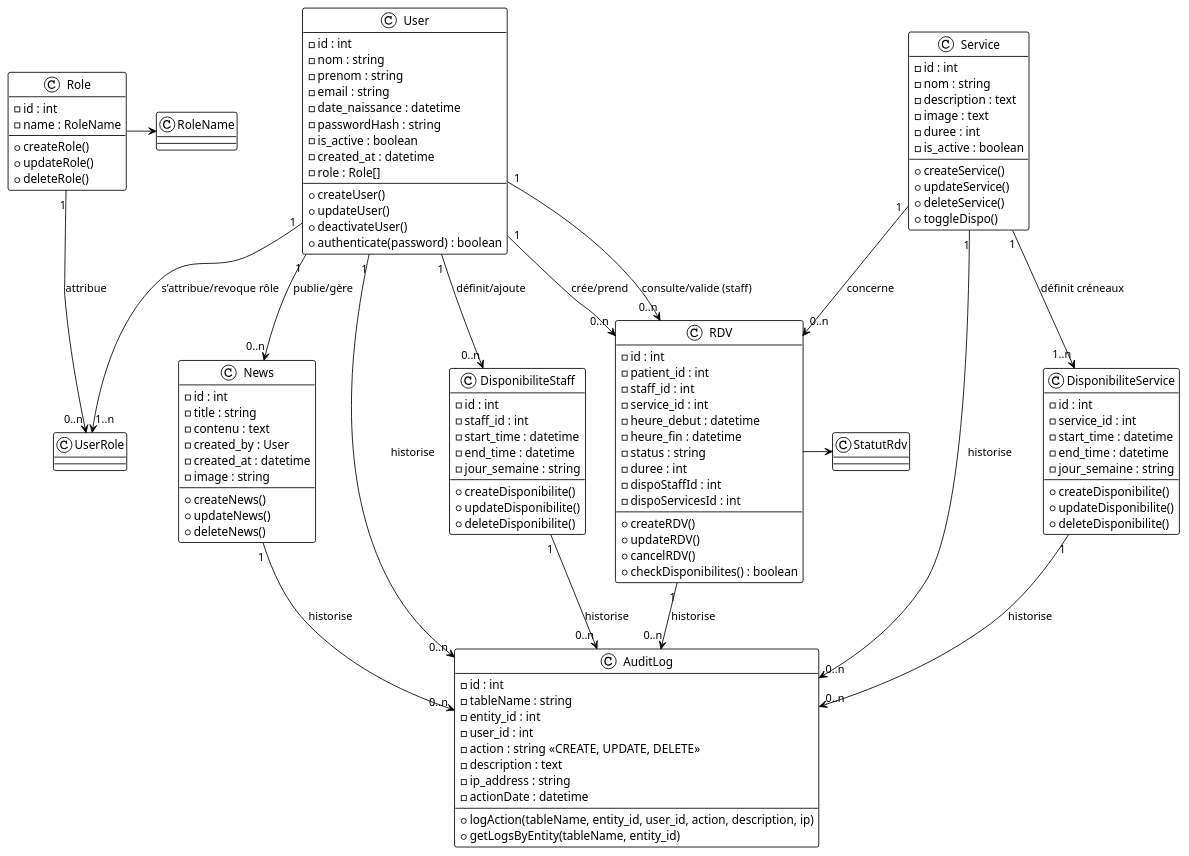
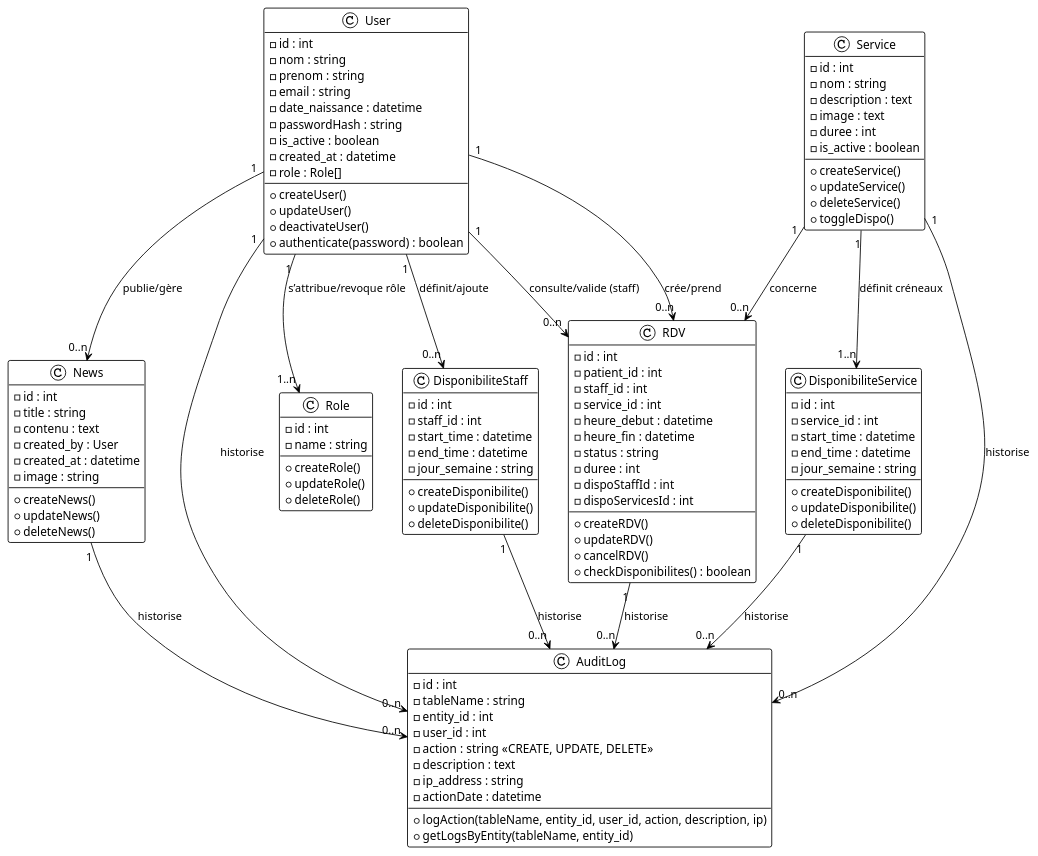
Before and after one commit to baptistev59/DoctoLight: the diagram in UML/class.puml, drawn with PlantUML. The commit also changed 4 other files, not shown here.

```diff
--- a/UML/class.puml
+++ b/UML/class.puml
@@ -1,158 +1,154 @@
 @startuml DoctoLight
 !theme plain
 
 ' ===========================
 ' Classes principales
 ' ===========================
 ' ===========================
 ' Utilisateurs
 ' ===========================
 class User {
   -id : int
   -nom : string
   -prenom : string
   -email : string
   -date_naissance : datetime
   -passwordHash : string
   -is_active : boolean
   -created_at : datetime
   -role : Role[]
 
   +createUser()
   +updateUser()
   +deactivateUser()
   +authenticate(password) : boolean
 }
 
 class Role {
   -id : int
-  -name : RoleName
+  -name : string
 
   +createRole()
   +updateRole()
   +deleteRole()
 }
 
 ' ===========================
 ' Services
 ' ===========================
 class Service {
   -id : int
   -nom : string
   -description : text
   -image : text
   -duree : int
   -is_active : boolean
 
   +createService()
   +updateService()
   +deleteService()
   +toggleDispo()
 }
 ' ===========================
 ' Disponibilités
 ' ===========================
 class DisponibiliteStaff {
   -id : int
   -staff_id : int
   -start_time : datetime
   -end_time : datetime
   -jour_semaine : string
 
 
   +createDisponibilite()
   +updateDisponibilite()
   +deleteDisponibilite()
 }
 
 class DisponibiliteService {
   -id : int
   -service_id : int
   -start_time : datetime
   -end_time : datetime
   -jour_semaine : string
 
   +createDisponibilite()
   +updateDisponibilite()
   +deleteDisponibilite()
 }
 ' ===========================
 ' Rendez-vous
 ' ===========================
 class RDV {
   -id : int
   -patient_id : int
   -staff_id : int
   -service_id : int
   -heure_debut : datetime
   -heure_fin : datetime
   -status : string
   -duree : int
   -dispoStaffId : int
   -dispoServicesId : int
 
   +createRDV()
   +updateRDV()
   +cancelRDV()
   +checkDisponibilites() : boolean
 }
 
 ' ===========================
 ' Actualités
 ' ===========================
 class News {
   -id : int
   -title : string
   -contenu : text
   -created_by : User
   -created_at : datetime
   -image : string
 
   +createNews()
   +updateNews()
   +deleteNews()
 }
 
 ' ===========================
 ' Audit Log générique
 ' ===========================
 class AuditLog {
   -id : int
   -tableName : string
   -entity_id : int
   -user_id : int
   -action : string <<CREATE, UPDATE, DELETE>>
   -description : text
   -ip_address : string
   -actionDate : datetime
 
   +logAction(tableName, entity_id, user_id, action, description, ip)
   +getLogsByEntity(tableName, entity_id)
 }
 
 ' ===========================
 ' Relations
 ' ===========================
 User "1" --> "0..n" RDV : crée/prend
 User "1" --> "0..n" RDV : consulte/valide (staff)
 User "1" --> "0..n" DisponibiliteStaff : définit/ajoute
-User "1" --> "1..n" UserRole : s’attribue/revoque rôle
+User "1" --> "1..n" Role : s’attribue/revoque rôle
 User "1" --> "0..n" News : publie/gère
 User "1" --> "0..n" AuditLog : historise
 
 Service "1" --> "0..n" RDV : concerne
 Service "1" --> "1..n" DisponibiliteService :définit créneaux
 Service "1" --> "0..n" AuditLog : historise
 
 News "1" --> "0..n" AuditLog : historise
 
-Role "1" --> "0..n" UserRole :attribue
-Role -> RoleName
-
 RDV "1" --> "0..n" AuditLog : historise
-RDV -> StatutRdv
 
 DisponibiliteStaff "1" --> "0..n" AuditLog : historise
 DisponibiliteService "1" --> "0..n" AuditLog :historise
 
 @enduml
```
